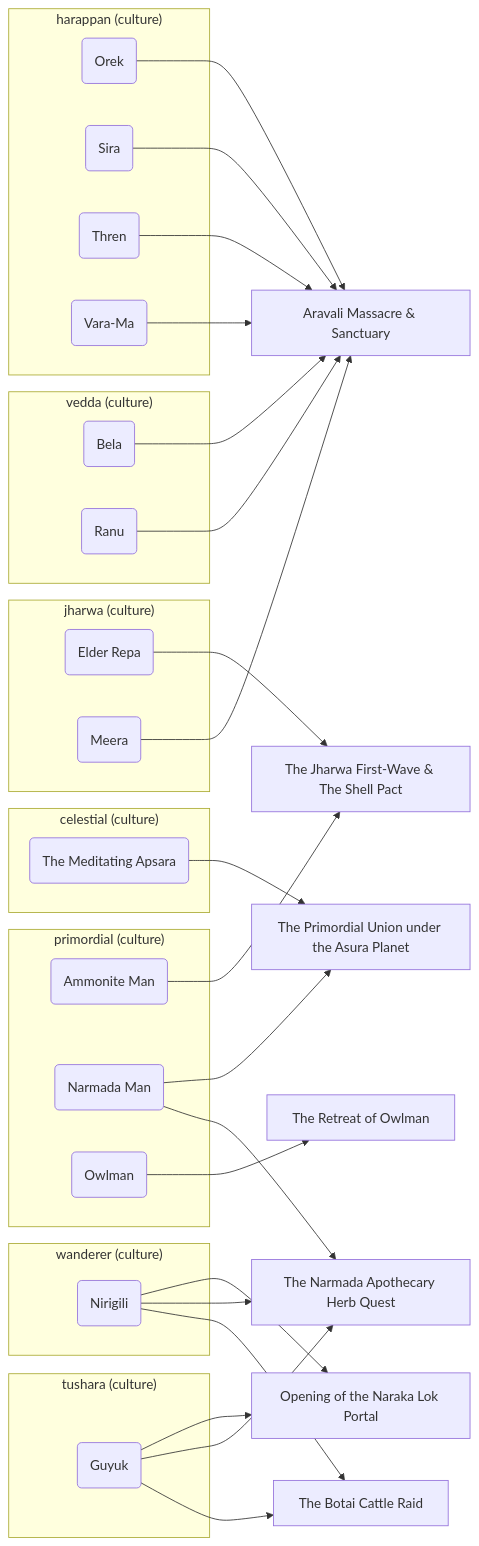
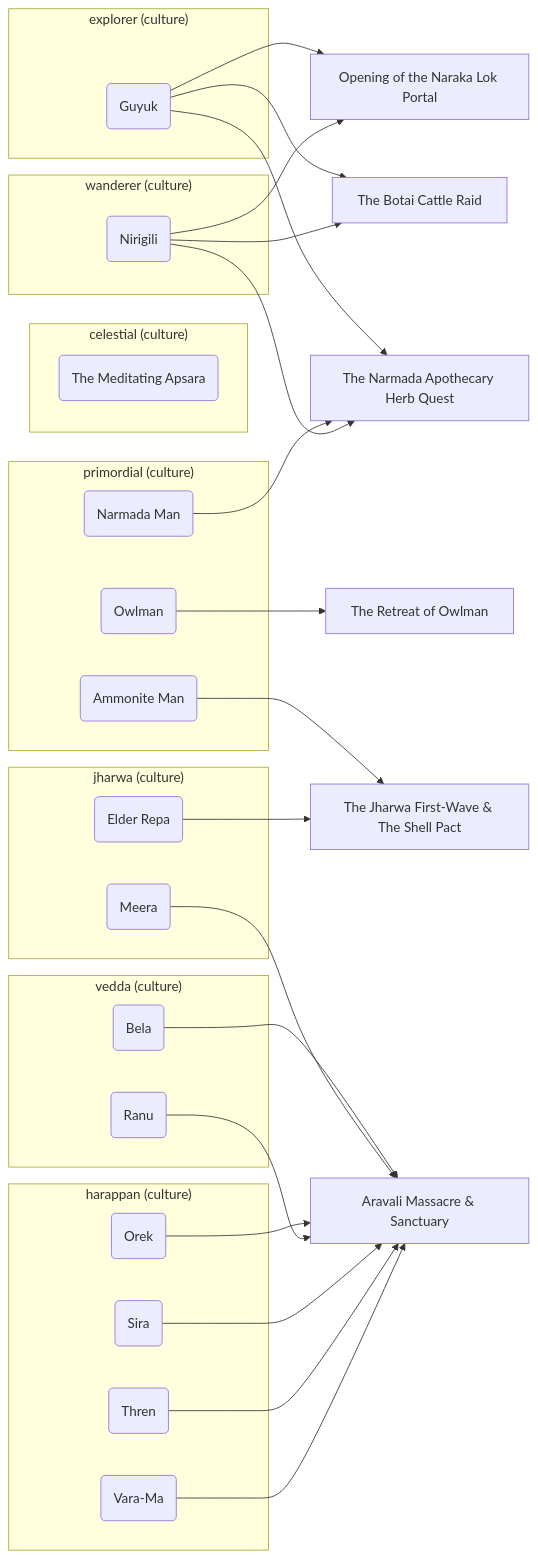
One commit to lordlebu/SouthOfTethys changed the third of 6 diagrams in docs/memory_map.md. Above: the diagram before and after it, drawn with Mermaid. The commit also changed other lines of this file and 47 other files, not shown here.

````diff
--- a/docs/memory_map.md
+++ b/docs/memory_map.md
@@ -95,57 +113,54 @@
 ```mermaid
 graph LR
   subgraph grp_celestial["celestial (culture)"]
     character_meditating_apsara("The Meditating Apsara")
+  end
+  subgraph grp_explorer["explorer (culture)"]
+    character_guyuk("Guyuk")
   end
   subgraph grp_harappan["harappan (culture)"]
     character_orek("Orek")
     character_sira("Sira")
     character_thren("Thren")
     character_vara_ma("Vara-Ma")
   end
   subgraph grp_jharwa["jharwa (culture)"]
     character_jharwa_elder_repa("Elder Repa")
     character_meera("Meera")
   end
   subgraph grp_primordial["primordial (culture)"]
     character_ammonite_man("Ammonite Man")
     character_narmada_man("Narmada Man")
     character_owlman("Owlman")
   end
-  subgraph grp_tushara["tushara (culture)"]
-    character_guyuk("Guyuk")
-  end
   subgraph grp_vedda["vedda (culture)"]
     character_bela("Bela")
     character_ranu("Ranu")
   end
   subgraph grp_wanderer["wanderer (culture)"]
     character_nirigili("Nirigili")
   end
   event_aravali_massacre["Aravali Massacre & Sanctuary"]
   event_botai_cattle_raid["The Botai Cattle Raid"]
   event_guyuk_narmada_apothecary_quest["The Narmada Apothecary Herb Quest"]
   event_jharwa_first_wave_shell_pact["The Jharwa First-Wave & The Shell Pact"]
   event_naraka_portal["Opening of the Naraka Lok Portal"]
   event_retreat_of_owlman["The Retreat of Owlman"]
-  event_union_narmada_man_apsara["The Primordial Union under the Asura Planet"]
   character_ammonite_man --> event_jharwa_first_wave_shell_pact
   character_bela --> event_aravali_massacre
   character_guyuk --> event_botai_cattle_raid
   character_guyuk --> event_guyuk_narmada_apothecary_quest
   character_guyuk --> event_naraka_portal
   character_jharwa_elder_repa --> event_jharwa_first_wave_shell_pact
-  character_meditating_apsara --> event_union_narmada_man_apsara
   character_meera --> event_aravali_massacre
   character_narmada_man --> event_guyuk_narmada_apothecary_quest
-  character_narmada_man --> event_union_narmada_man_apsara
   character_nirigili --> event_botai_cattle_raid
   character_nirigili --> event_guyuk_narmada_apothecary_quest
   character_nirigili --> event_naraka_portal
   character_orek --> event_aravali_massacre
   character_owlman --> event_retreat_of_owlman
   character_ranu --> event_aravali_massacre
   character_sira --> event_aravali_massacre
   character_thren --> event_aravali_massacre
   character_vara_ma --> event_aravali_massacre
 ```
````
